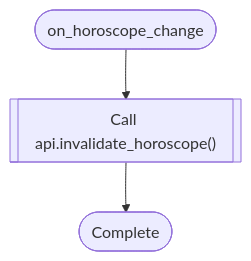
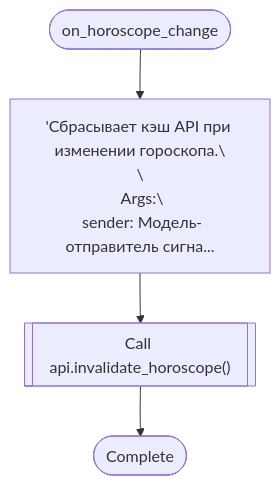
Diagram 20 of 59 in codedebrief-out/codedebrief.md (ihrusl05-rgb/Factoscope), drawn with Mermaid before and after one commit. The commit also changed other lines of this file and 20 other files, not shown here.

````diff
--- a/codedebrief-out/codedebrief.md
+++ b/codedebrief-out/codedebrief.md
@@ -572,8 +594,10 @@
 ```mermaid
 flowchart TD
   mflow_aad3995a303f1db0_n1(["on_horoscope_change"])
-  mflow_aad3995a303f1db0_n2[["Call api.invalidate_horoscope()"]]
-  mflow_aad3995a303f1db0_n3(["Complete"])
+  mflow_aad3995a303f1db0_n2["'Сбрасывает кэш API при изменении гороскопа.\\n\\n Args:\\n sender: Модель-отправитель сигна..."]
+  mflow_aad3995a303f1db0_n3[["Call api.invalidate_horoscope()"]]
+  mflow_aad3995a303f1db0_n4(["Complete"])
   mflow_aad3995a303f1db0_n1 --> mflow_aad3995a303f1db0_n2
   mflow_aad3995a303f1db0_n2 --> mflow_aad3995a303f1db0_n3
+  mflow_aad3995a303f1db0_n3 --> mflow_aad3995a303f1db0_n4
 ```
````
